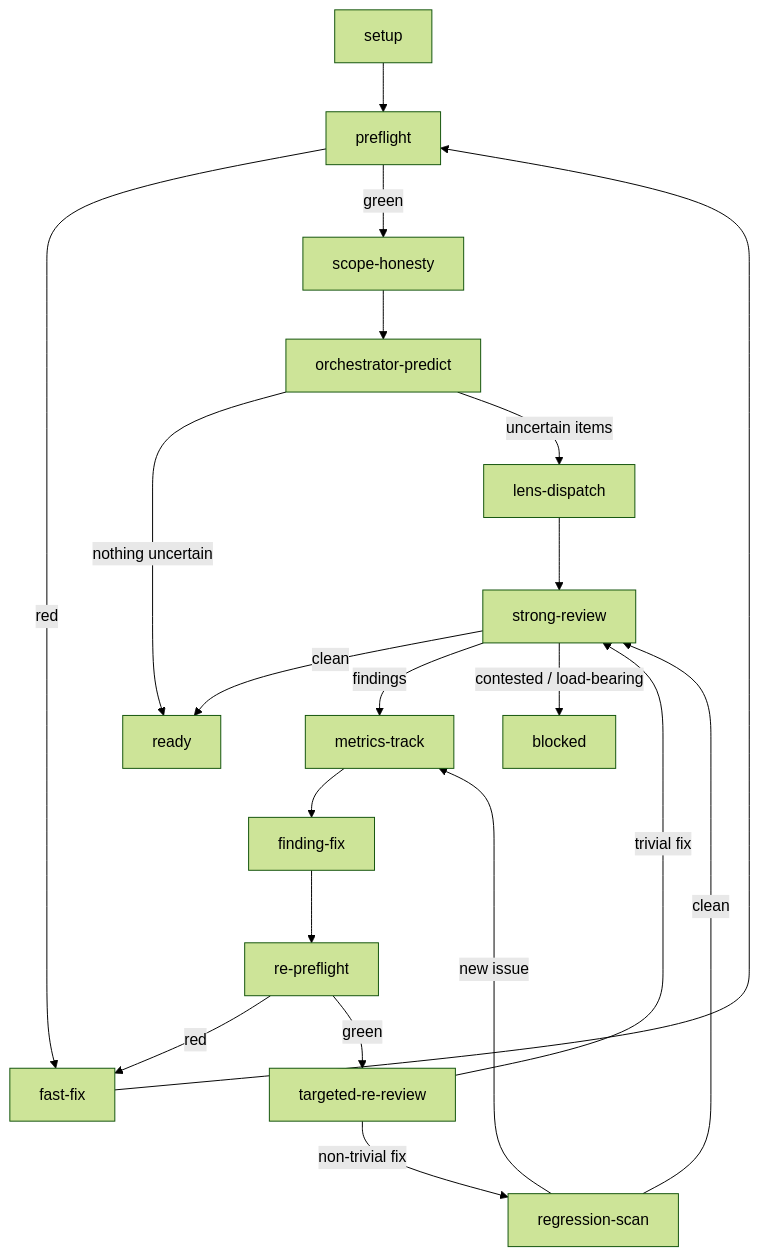
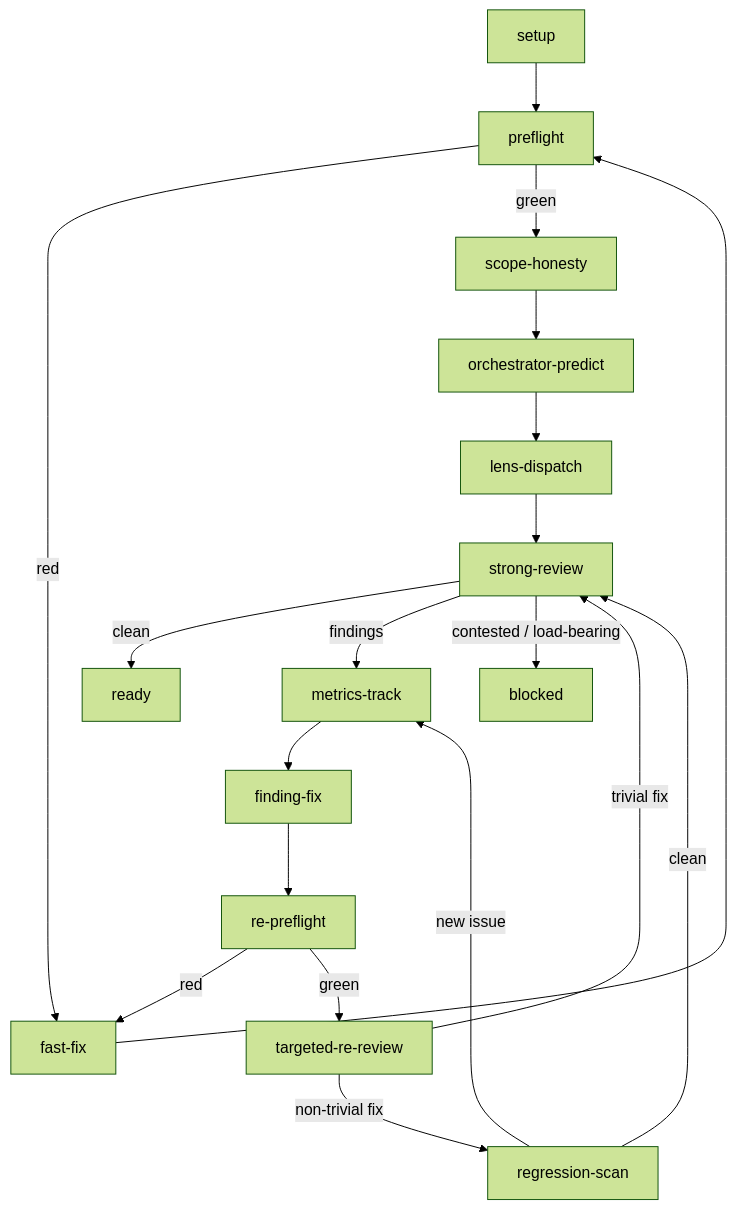
One commit to HarleyBartles/agent-asset-marketplace changed the diagram in codex-marketplace/plugins/superpowers-plus/skills/iterative-review/references/review-state-graph.md. Above: the diagram before and after it, drawn with Mermaid (forest theme). The commit also changed other lines of this file and 8 other files, not shown here.

````diff
--- a/codex-marketplace/plugins/superpowers-plus/skills/iterative-review/references/review-state-graph.md
+++ b/codex-marketplace/plugins/superpowers-plus/skills/iterative-review/references/review-state-graph.md
@@ -9,22 +9,21 @@
 ```mermaid
 flowchart TD
     setup --> preflight
     preflight -->|red| fast-fix
     fast-fix --> preflight
     preflight -->|green| scope-honesty
     scope-honesty --> orchestrator-predict
-    orchestrator-predict -->|nothing uncertain| ready
-    orchestrator-predict -->|uncertain items| lens-dispatch
+    orchestrator-predict --> lens-dispatch
     lens-dispatch --> strong-review
     strong-review -->|clean| ready
     strong-review -->|findings| metrics-track
     metrics-track --> finding-fix
     finding-fix --> re-preflight
     re-preflight -->|red| fast-fix
     re-preflight -->|green| targeted-re-review
     targeted-re-review -->|trivial fix| strong-review
     targeted-re-review -->|non-trivial fix| regression-scan
     regression-scan -->|new issue| metrics-track
     regression-scan -->|clean| strong-review
     strong-review -->|contested / load-bearing| blocked
 ```
````
